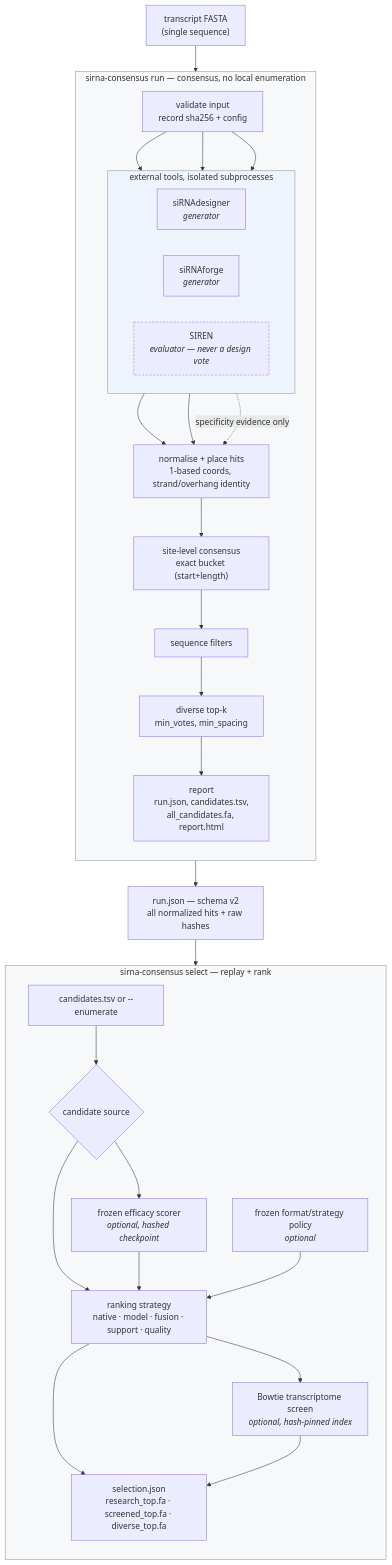
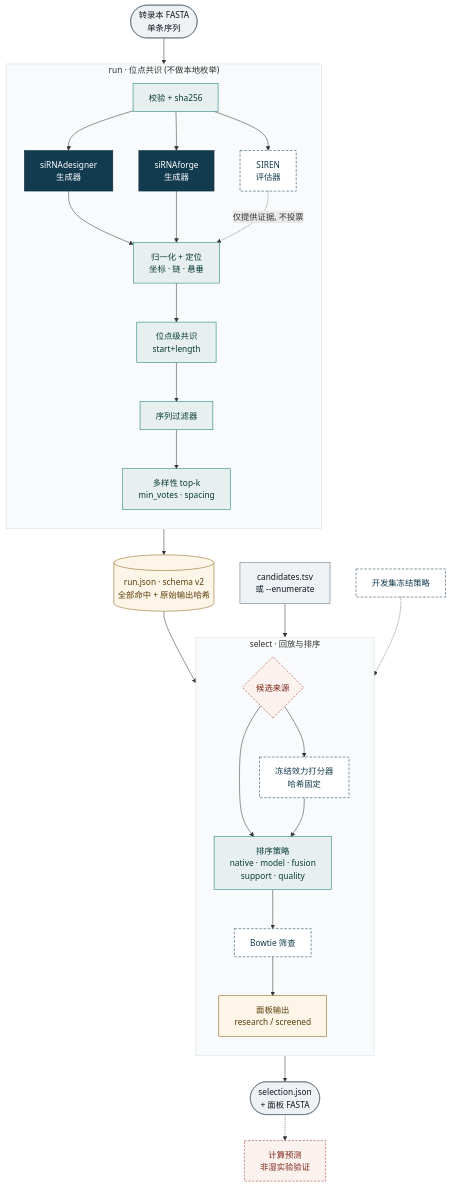
The first of 3 diagrams in README.md (matarina/sirna-consensus), drawn with Mermaid before and after one commit. The commit also changed other lines of this file and 2 other files, not shown here.

Commit message:
docs: rework benchmark report figures and beautify the README flowchart
Report: adds a method flowchart, a real model-performance figure (score vs
measured activity plus score-decile hit rate, AUROC 0.827 / AP 0.82), a
budget P@K curve, and a dumbbell ablation; the paired-difference figure now
shows only the five non-zero genes. Model-performance and budget figures are
recomputed from the frozen selections + measurements; the recomputed Top-5
matches development_results.json exactly.

README: compact flowchart with role colouring (generator = vote, evaluator =
dashed evidence-only), shared subgraph styling, and a small role legend.

````diff
--- a/README.md
+++ b/README.md
@@ -17,53 +17,54 @@
 ```mermaid
-flowchart TD
-    FASTA["transcript FASTA<br/>(single sequence)"]
+flowchart TB
+    %% 角色配色: 生成器=深色(投票) · 评估器=虚线框(仅证据) · 核心=青绿 · 产物=琥珀
+    classDef io     fill:#eef2f5,stroke:#5c6b74,color:#111820
+    classDef gen    fill:#123b4f,stroke:#0b2735,color:#ffffff
+    classDef eval   fill:#ffffff,stroke:#123b4f,color:#123b4f,stroke-dasharray:5 3
+    classDef core   fill:#e7f0ef,stroke:#0f7b74,color:#093b38
+    classDef out    fill:#fdf6e8,stroke:#8a5c12,color:#5a3c0a
+    classDef gate   fill:#fbf1ef,stroke:#a4301f,color:#7a2313,stroke-dasharray:4 3
 
-    subgraph run["sirna-consensus run — consensus, no local enumeration"]
+    FASTA(["转录本 FASTA<br/>单条序列"]):::io
+
+    subgraph RUN["run · 位点共识 (不做本地枚举)"]
         direction TB
-        VAL["validate input<br/>record sha256 + config"]
-        subgraph tools["external tools, isolated subprocesses"]
-            direction LR
-            SD["siRNAdesigner<br/><i>generator</i>"]
-            SF["siRNAforge<br/><i>generator</i>"]
-            SIREN["SIREN<br/><i>evaluator — never a design vote</i>"]
-        end
-        NORM["normalise + place hits<br/>1-based coords, strand/overhang identity"]
-        BUCKET["site-level consensus<br/>exact bucket (start+length)"]
-        FILT["sequence filters"]
-        RANK["diverse top-k<br/>min_votes, min_spacing"]
-        REPORT["report<br/>run.json, candidates.tsv,<br/>all_candidates.fa, report.html"]
+        VAL["校验 + sha256"]:::core
+        SD["siRNAdesigner<br/>生成器"]:::gen
+        SF["siRNAforge<br/>生成器"]:::gen
+        SIREN["SIREN<br/>评估器"]:::eval
+        NORM["归一化 + 定位<br/>坐标 · 链 · 悬垂"]:::core
+        BUCKET["位点级共识<br/>start+length"]:::core
+        FILT["序列过滤器"]:::core
+        RANK["多样性 top-k<br/>min_votes · spacing"]:::core
+        VAL --> SD & SF & SIREN
+        SD --> NORM
+        SF --> NORM
+        SIREN -. 仅提供证据, 不投票 .-> NORM
+        NORM --> BUCKET --> FILT --> RANK
     end
 
-    FASTA --> VAL --> SD & SF & SIREN
-    SD --> NORM
-    SF --> NORM
-    SIREN -. "specificity evidence only" .-> NORM
-    NORM --> BUCKET --> FILT --> RANK --> REPORT
+    RUNJSON[("run.json · schema v2<br/>全部命中 + 原始输出哈希")]:::out
+    FASTA --> VAL
+    RANK --> RUNJSON
 
-    REPORT --> RUNJSON["run.json — schema v2<br/>all normalized hits + raw hashes"]
-
-    subgraph select["sirna-consensus select — replay + rank"]
+    subgraph SEL["select · 回放与排序"]
         direction TB
-        SRC{"candidate source"}
-        CAND["candidates.tsv or --enumerate"]
-        SCORE["frozen efficacy scorer<br/><i>optional, hashed checkpoint</i>"]
-        STRAT["ranking strategy<br/>native · model · fusion · support · quality"]
-        POLICY["frozen format/strategy policy<br/><i>optional</i>"]
-        SCREEN["Bowtie transcriptome screen<br/><i>optional, hash-pinned index</i>"]
-        OUT["selection.json<br/>research_top.fa · screened_top.fa · diverse_top.fa"]
+        SRC{"候选来源"}:::gate
+        SCORE["冻结效力打分器<br/>哈希固定"]:::eval
+        STRAT["排序策略<br/>native · model · fusion<br/>support · quality"]:::core
+        SCREEN["Bowtie 筛查"]:::eval
+        PANEL["面板输出<br/>research / screened"]:::out
+        SRC --> STRAT
+        SRC --> SCORE --> STRAT
+        STRAT --> SCREEN --> PANEL
     end
 
     RUNJSON --> SRC
-    CAND --> SRC
-    SRC --> STRAT
-    SRC --> SCORE
-    SCORE --> STRAT
-    POLICY --> STRAT
-    STRAT --> OUT
-    STRAT --> SCREEN --> OUT
+    CAND["candidates.tsv<br/>或 --enumerate"]:::io --> SRC
+    POLICY["开发集冻结策略"]:::eval -.-> STRAT
+    PANEL --> OUT(["selection.json<br/>+ 面板 FASTA"]):::io
+    OUT -.-> NOTE["计算预测<br/>非湿实验验证"]:::gate
 
-    style SIREN stroke-dasharray: 4 3
-    style run fill:#f6f8fa,stroke:#8b949e
-    style select fill:#f6f8fa,stroke:#8b949e
-    style tools fill:#eef4fb,stroke:#8b949e
+    style RUN fill:#f8fafb,stroke:#d5dee2
+    style SEL fill:#f8fafb,stroke:#d5dee2
 ```
````
